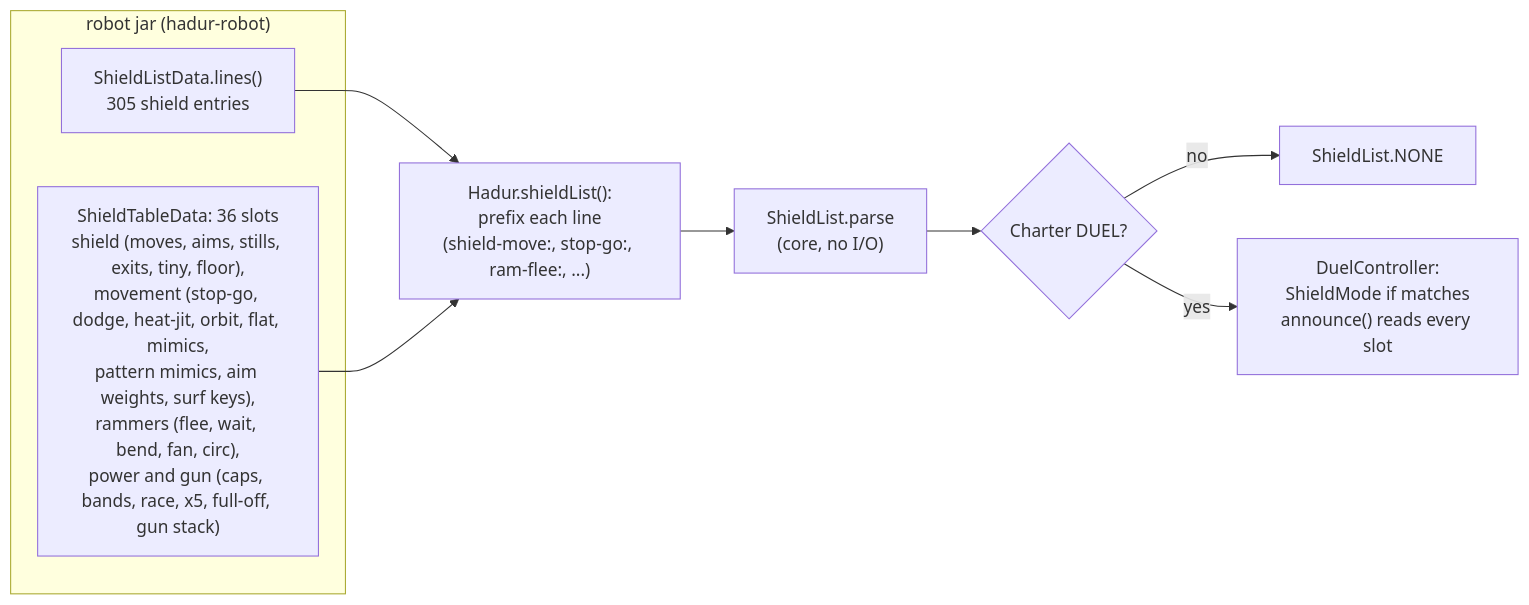
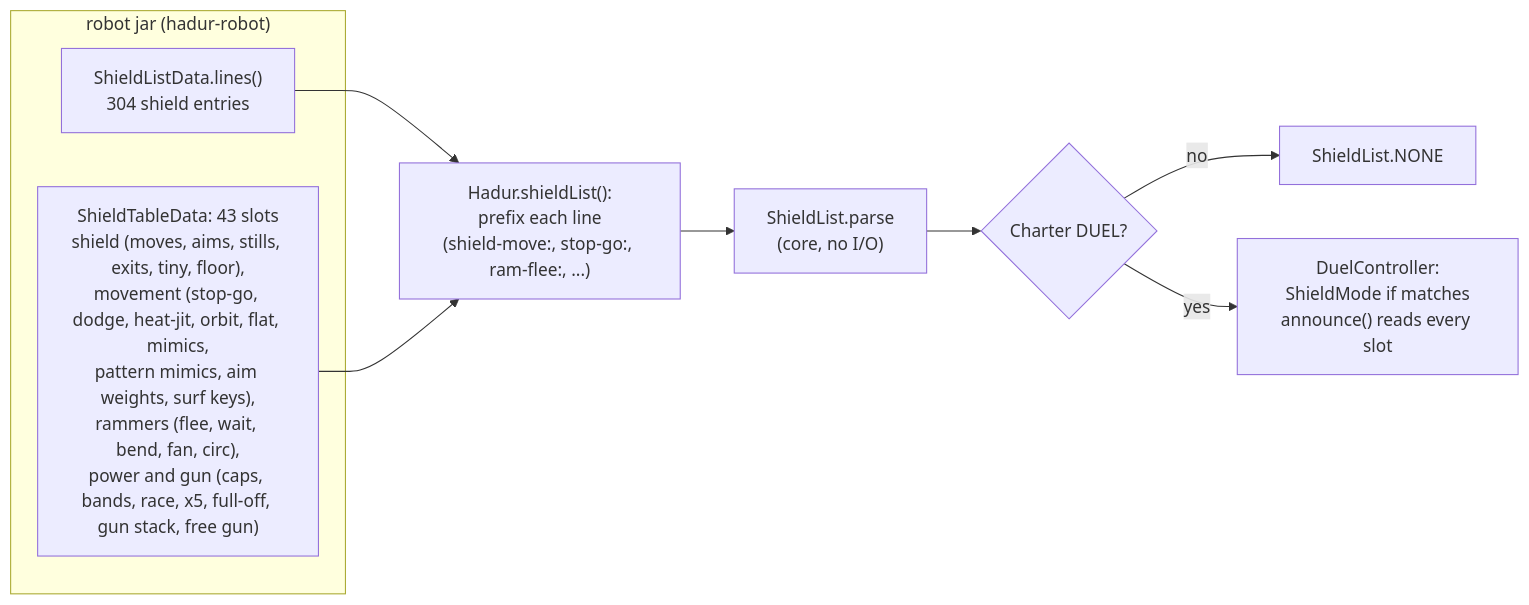
One commit to lgriffin/Hadur_Robot changed diagram 17 of 25 in docs/architecture-c4.md. Above: the diagram before and after it, drawn with Mermaid. The commit also changed other lines of this file and 168 other files, not shown here.

````diff
--- a/docs/architecture-c4.md
+++ b/docs/architecture-c4.md
@@ -725,13 +723,13 @@
 ```mermaid
 flowchart LR
   subgraph jar["robot jar (hadur-robot)"]
-    SL["ShieldListData.lines()<br/>305 shield entries"]
-    ST["ShieldTableData: 36 slots<br/>shield (moves, aims, stills, exits, tiny, floor),<br/>movement (stop-go, dodge, heat-jit, orbit, flat, mimics,<br/>pattern mimics, aim weights, surf keys),<br/>rammers (flee, wait, bend, fan, circ),<br/>power and gun (caps, bands, race, x5, full-off, gun stack)"]
+    SL["ShieldListData.lines()<br/>304 shield entries"]
+    ST["ShieldTableData: 43 slots<br/>shield (moves, aims, stills, exits, tiny, floor),<br/>movement (stop-go, dodge, heat-jit, orbit, flat, mimics,<br/>pattern mimics, aim weights, surf keys),<br/>rammers (flee, wait, bend, fan, circ),<br/>power and gun (caps, bands, race, x5, full-off, gun stack, free gun)"]
   end
   SL --> P["Hadur.shieldList():<br/>prefix each line<br/>(shield-move:, stop-go:, ram-flee:, ...)"]
   ST --> P
   P --> Q["ShieldList.parse<br/>(core, no I/O)"]
   Q --> C{"Charter DUEL?"}
   C -- no --> N["ShieldList.NONE"]
   C -- yes --> D["DuelController:<br/>ShieldMode if matches<br/>announce() reads every slot"]
 ```
````
